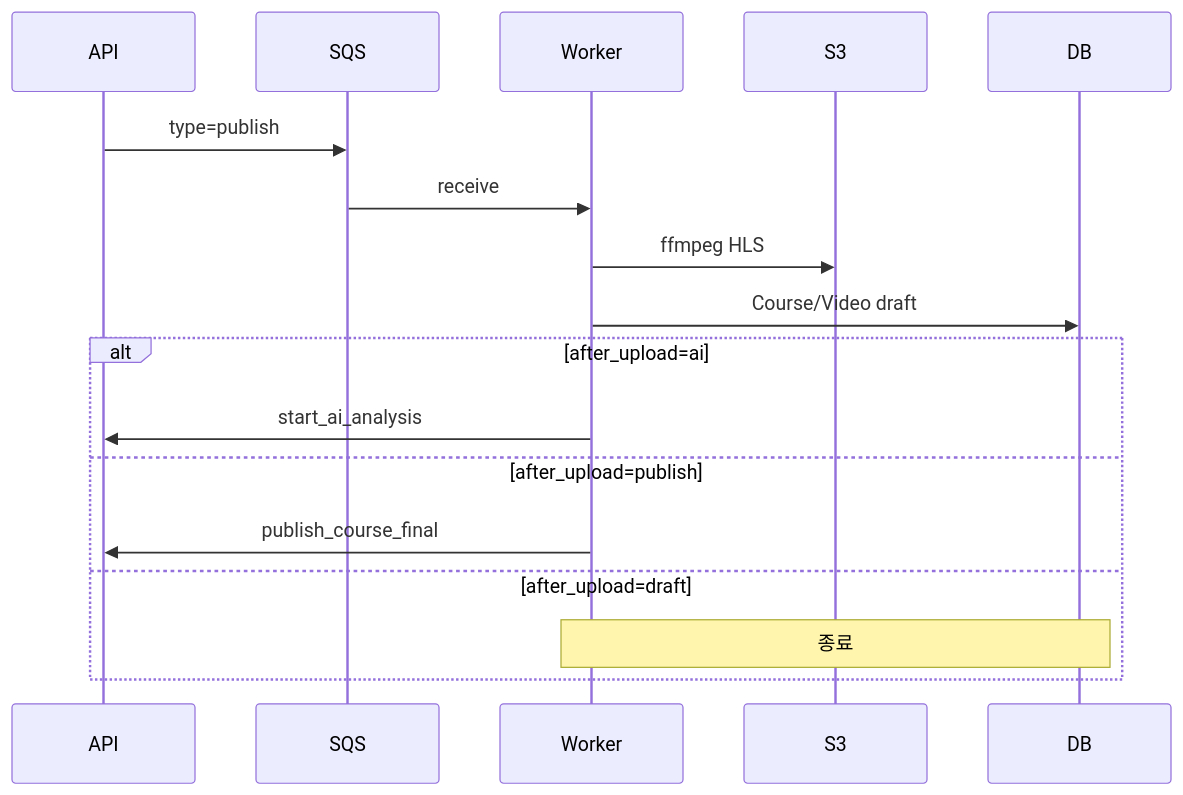
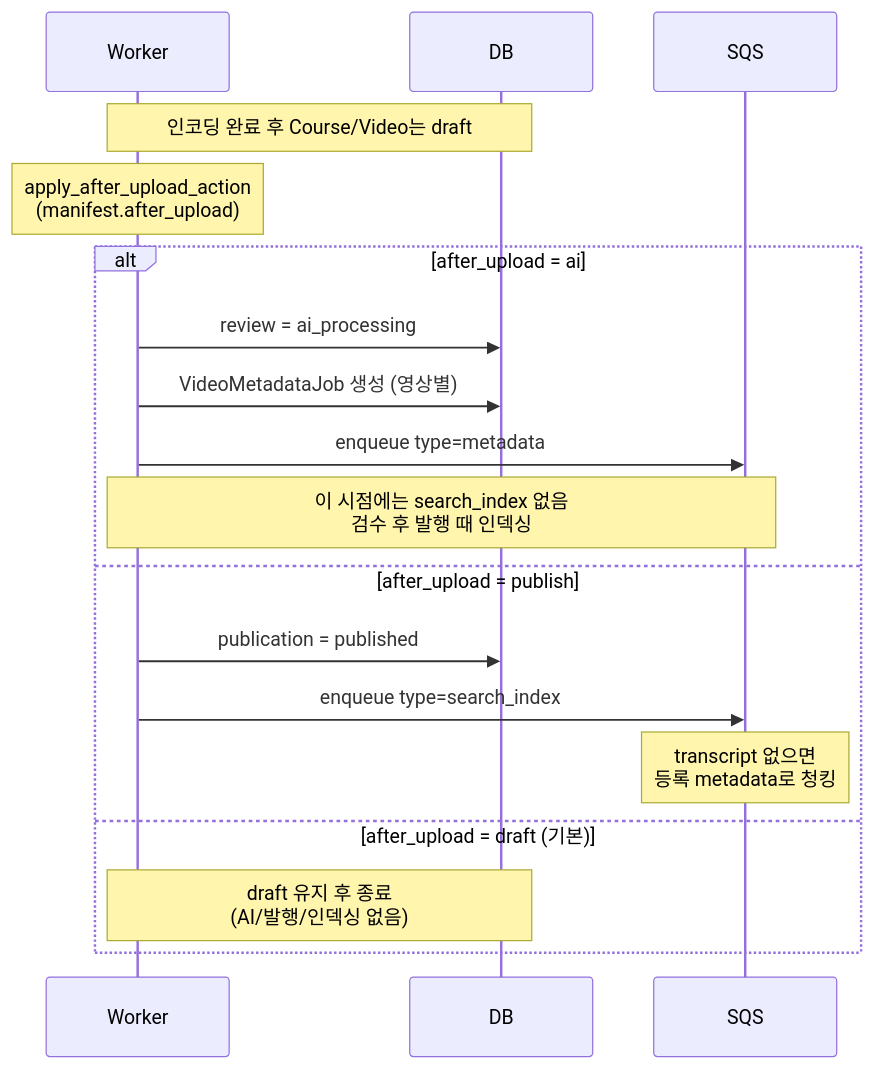
The second of 7 diagrams in content/posts/2026/08/07/class-s-hybrid-search/index.md (DSeung001/dseung001.github.io), drawn with Mermaid before and after one commit. The commit also changed other lines of this file, not shown here.

````diff
--- a/content/posts/2026/08/07/class-s-hybrid-search/index.md
+++ b/content/posts/2026/08/07/class-s-hybrid-search/index.md
@@ -202,20 +190,22 @@
 ```mermaid
 sequenceDiagram
-  participant API
+  participant Worker
+  participant DB
   participant SQS
-  participant Worker
-  participant S3
-  participant DB
 
-  API->>SQS: type=publish
-  SQS->>Worker: receive
-  Worker->>S3: ffmpeg HLS
-  Worker->>DB: Course/Video draft
-  alt after_upload=ai
-    Worker->>API: start_ai_analysis
-  else after_upload=publish
-    Worker->>API: publish_course_final
-  else after_upload=draft
-    Note over Worker,DB: 종료
+  Note over Worker,DB: 인코딩 완료 후 Course/Video는 draft
+  Note over Worker: apply_after_upload_action<br/>(manifest.after_upload)
+
+  alt after_upload = ai
+    Worker->>DB: review = ai_processing
+    Worker->>DB: VideoMetadataJob 생성 (영상별)
+    Worker->>SQS: enqueue type=metadata
+    Note over Worker,SQS: 이 시점에는 search_index 없음<br/>검수 후 발행 때 인덱싱
+  else after_upload = publish
+    Worker->>DB: publication = published
+    Worker->>SQS: enqueue type=search_index
+    Note over SQS: transcript 없으면<br/>등록 metadata로 청킹
+  else after_upload = draft (기본)
+    Note over Worker,DB: draft 유지 후 종료<br/>(AI/발행/인덱싱 없음)
   end
 ```
````
